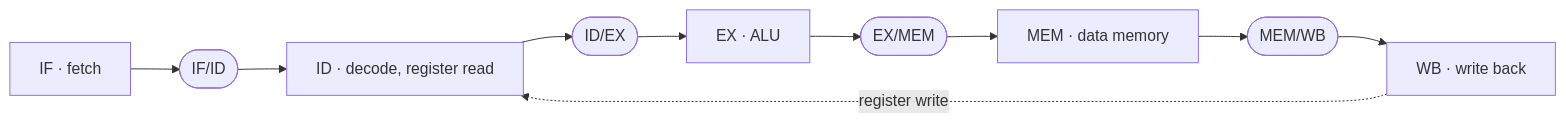
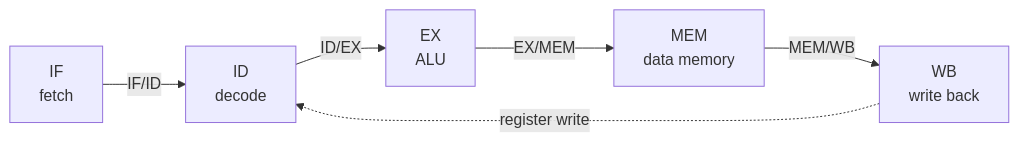
One commit to devjwk/Project-Part-2 changed the diagram in README.md. Above: the diagram before and after it, drawn with Mermaid. The commit also changed other lines of this file, not shown here.

Commit message:
Make pipeline diagrams more readable

````diff
--- a/README.md
+++ b/README.md
@@ -44,5 +44,5 @@
 ```mermaid
 flowchart LR
-    IF["IF · fetch"] --> R1(["IF/ID"]) --> ID["ID · decode, register read"] --> R2(["ID/EX"]) --> EX["EX · ALU"] --> R3(["EX/MEM"]) --> MEM["MEM · data memory"] --> R4(["MEM/WB"]) --> WB["WB · write back"]
+    IF["IF<br/>fetch"] -->|"IF/ID"| ID["ID<br/>decode"] -->|"ID/EX"| EX["EX<br/>ALU"] -->|"EX/MEM"| MEM["MEM<br/>data memory"] -->|"MEM/WB"| WB["WB<br/>write back"]
     WB -.->|"register write"| ID
 ```
````
